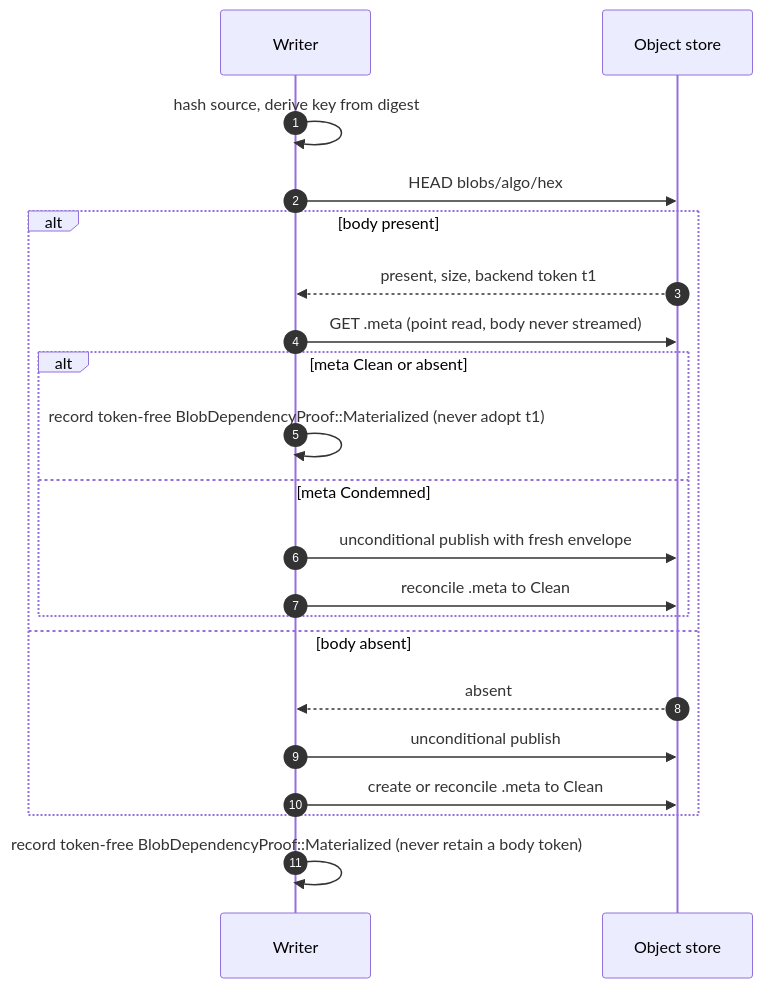
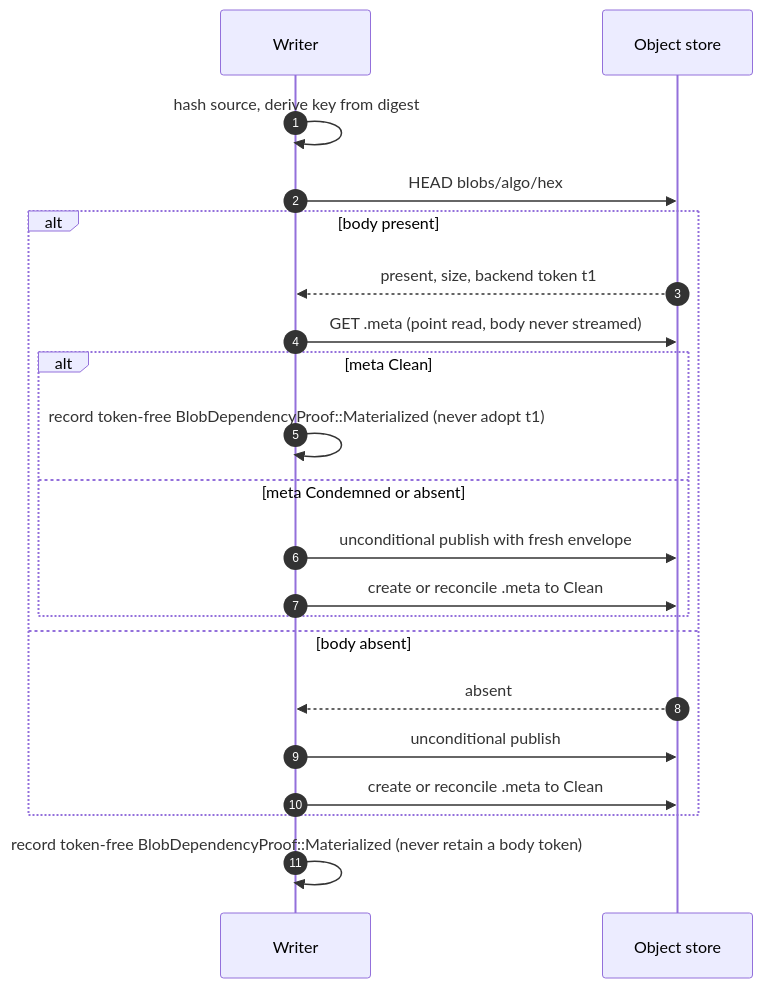
Before and after one commit to Altinity/ClickHouse: the first of 2 diagrams in docs/en/antalya/cas/architecture/blob-protocol.md, drawn with Mermaid. The commit also changed other lines of this file and 12 other files, not shown here.

````diff
--- a/docs/en/antalya/cas/architecture/blob-protocol.md
+++ b/docs/en/antalya/cas/architecture/blob-protocol.md
@@ -28,24 +28,24 @@
 ```mermaid
 sequenceDiagram
     autonumber
     participant Writer
     participant S3 as Object store
 
     Writer->>Writer: hash source, derive key from digest
     Writer->>S3: HEAD blobs/algo/hex
     alt body present
         S3-->>Writer: present, size, backend token t1
         Writer->>S3: GET .meta (point read, body never streamed)
-        alt meta Clean or absent
+        alt meta Clean
             Writer->>Writer: record token-free BlobDependencyProof::Materialized (never adopt t1)
-        else meta Condemned
+        else meta Condemned or absent
             Writer->>S3: unconditional publish with fresh envelope
-            Writer->>S3: reconcile .meta to Clean
+            Writer->>S3: create or reconcile .meta to Clean
         end
     else body absent
         S3-->>Writer: absent
         Writer->>S3: unconditional publish
         Writer->>S3: create or reconcile .meta to Clean
     end
     Writer->>Writer: record token-free BlobDependencyProof::Materialized (never retain a body token)
 ```
````
